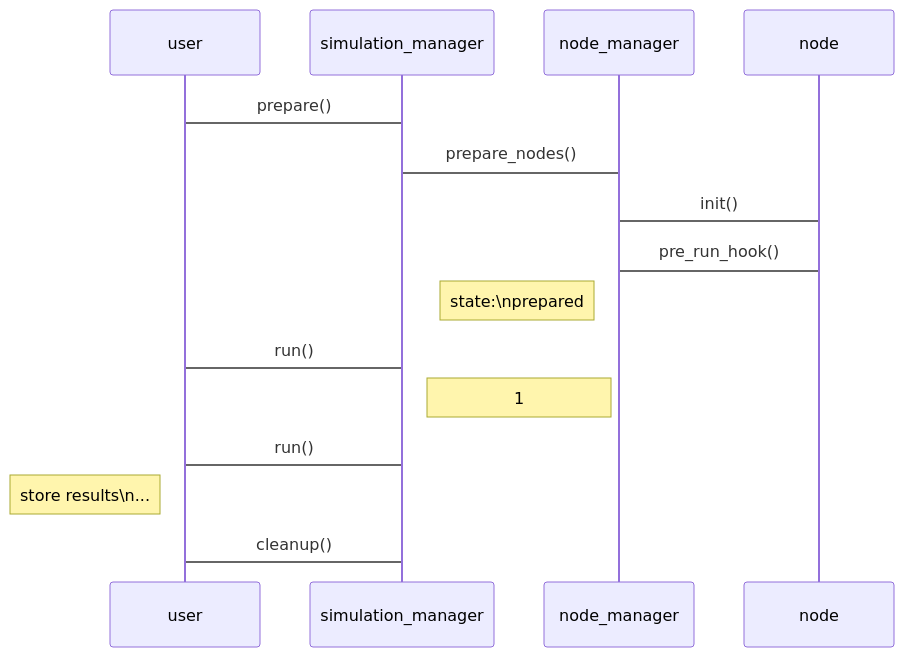
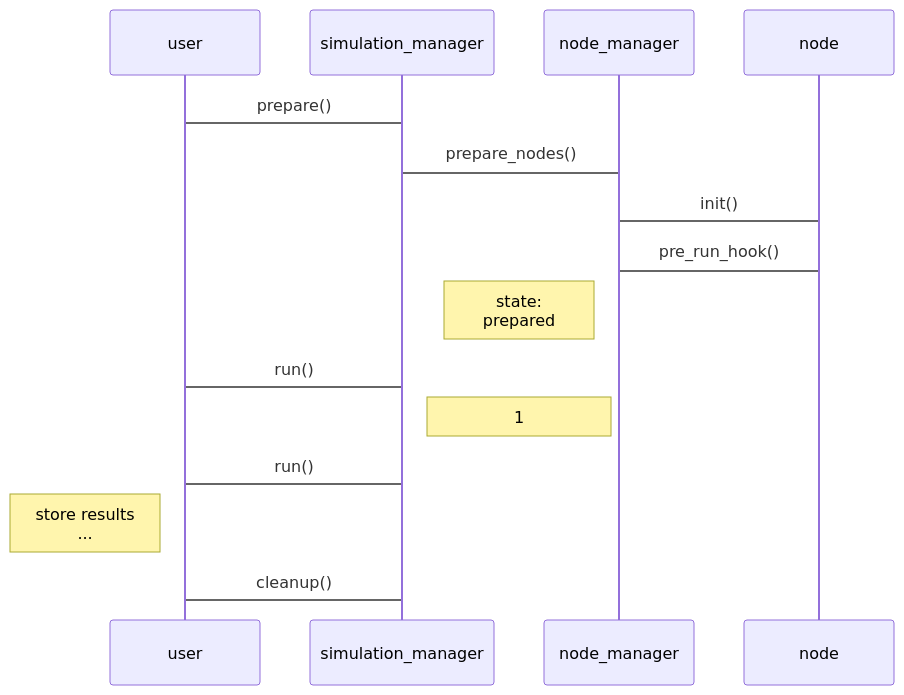
Before and after one commit to nest/nest-simulator: the diagram in doc/htmldoc/developer_space/architecture/kernel.rst, drawn with Mermaid. The commit also changed other lines of this file, not shown here.

```diff
--- a/doc/htmldoc/developer_space/architecture/kernel.rst
+++ b/doc/htmldoc/developer_space/architecture/kernel.rst
@@ -4,13 +4,13 @@
 .. mermaid::
 
    sequenceDiagram
       user -> simulation_manager: prepare()
       simulation_manager -> node_manager: prepare_nodes()
       node_manager -> node: init()
       node_manager -> node: pre_run_hook()
-      Note left of node_manager: state:\nprepared
+      Note left of node_manager: state:<br/>prepared
       user -> simulation_manager: run()
       Note right of simulation_manager: 1
       user -> simulation_manager: run()
-      Note left of user: store results\n...
+      Note left of user: store results<br/>...
       user -> simulation_manager: cleanup()
```
